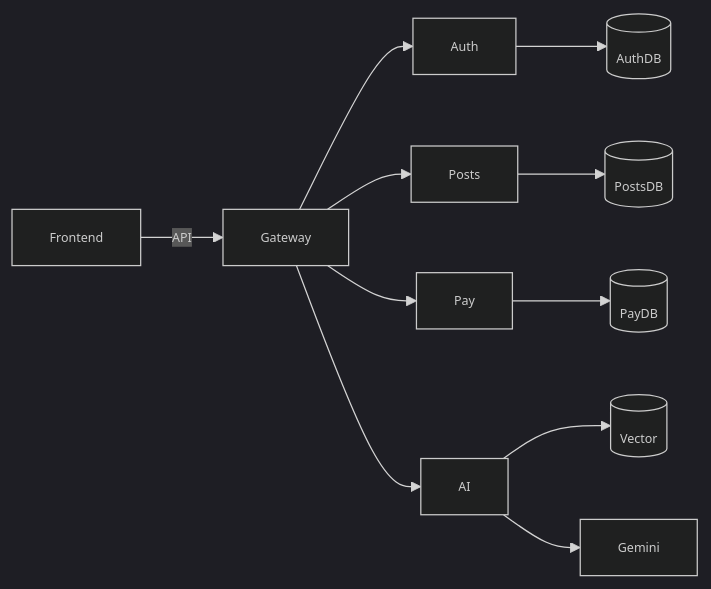
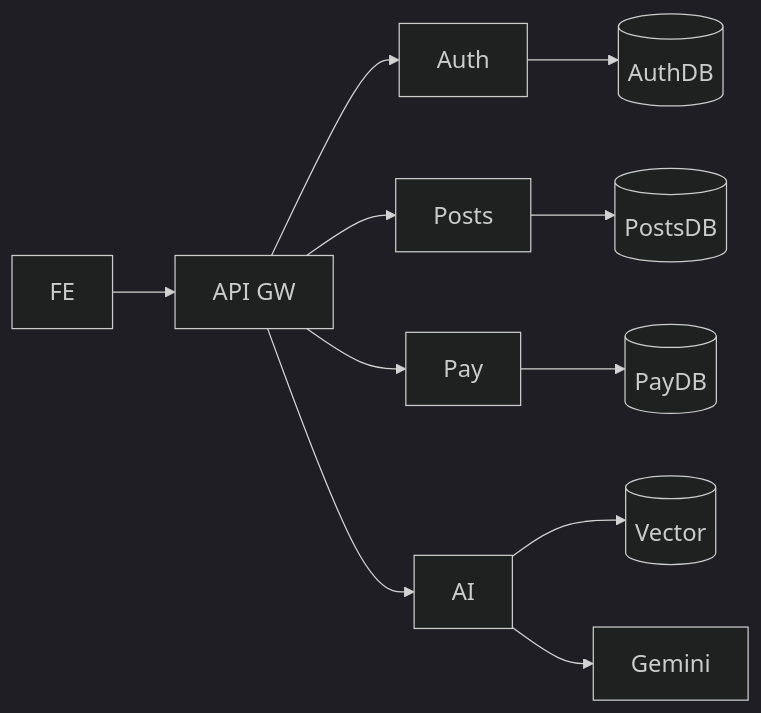
Before and after one commit to Luff-Org/Luff-Boilerplate: the first of 3 diagrams in README.md, drawn with Mermaid. The commit also changed other lines of this file and 1 other file, not shown here.

Commit message:
docs: dark theme mermaid, remove collapsible details, adjust font sizes

````diff
--- a/README.md
+++ b/README.md
@@ -26,14 +26,14 @@
 ```mermaid
-%%{init: {'theme':'dark','themeVariables':{'fontSize':'10px'}}}%%
+%%{init: {'theme':'dark','themeVariables':{'fontSize':'19px'}}}%%
 graph LR
-  FE[Frontend] -->|API| GW[Gateway]
+  FE[FE] --> GW[API GW]
   GW --> A[Auth]
   GW --> P[Posts]
   GW --> Pay[Pay]
   GW --> AI[AI]
   A --> AD[(AuthDB)]
   P --> PD[(PostsDB)]
   Pay --> PaD[(PayDB)]
   AI --> V[(Vector)]
   AI --> G[Gemini]
 ```
````
